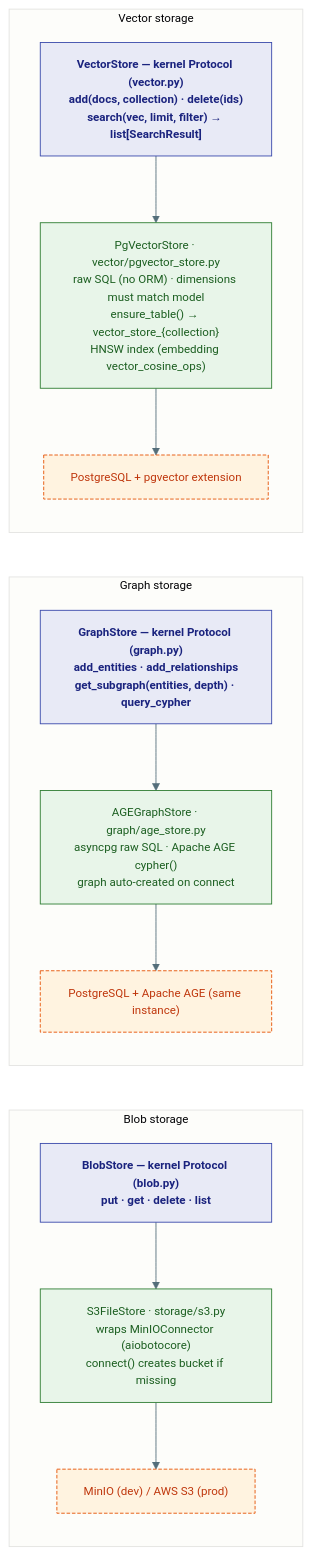
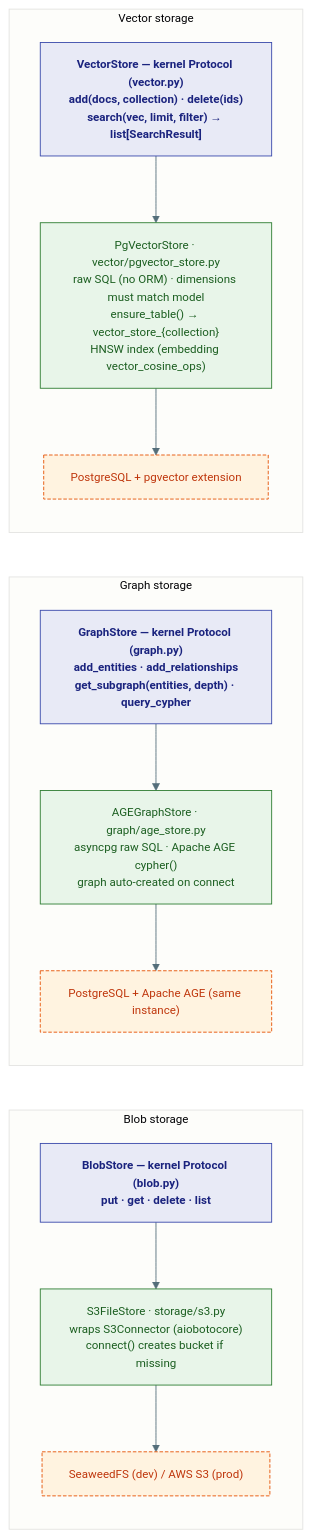
The first of 3 diagrams in agents/agent-substrate/docs/capabilities/06-storage-and-pipeline.md (Ravikumarchavva/agent-substrate), drawn with Mermaid before and after one commit. The commit also changed other lines of this file and 21 other files, not shown here.

First line of the commit message:
Remove MinIO dependency; adopt SeaweedFS as the default S3-compatible store

````diff
--- a/agents/agent-substrate/docs/capabilities/06-storage-and-pipeline.md
+++ b/agents/agent-substrate/docs/capabilities/06-storage-and-pipeline.md
@@ -7,34 +7,34 @@
 ```mermaid
 %%{init: {'theme': 'base', 'themeVariables': {'primaryColor': '#E8EAF6','primaryTextColor': '#1A237E','primaryBorderColor': '#3949AB','lineColor': '#546E7A','fontSize': '13px'}}}%%
 flowchart TB
     classDef proto fill:#E8EAF6,stroke:#3949AB,color:#1A237E,font-weight:bold
     classDef impl  fill:#E8F5E9,stroke:#2E7D32,color:#1B5E20
     classDef infra fill:#FFF3E0,stroke:#E65100,color:#BF360C,stroke-dasharray:4 2
 
     subgraph VEC["Vector storage"]
         direction TB
         VS["VectorStore — kernel Protocol (vector.py)<br/>add(docs, collection) · delete(ids)<br/>search(vec, limit, filter) → list[SearchResult]"]:::proto
         PGV["PgVectorStore · vector/pgvector_store.py<br/>raw SQL (no ORM) · dimensions must match model<br/>ensure_table() → vector_store_{collection}<br/>HNSW index (embedding vector_cosine_ops)"]:::impl
         PG1["PostgreSQL + pgvector extension"]:::infra
         VS --> PGV --> PG1
     end
 
     subgraph GR["Graph storage"]
         direction TB
         GS["GraphStore — kernel Protocol (graph.py)<br/>add_entities · add_relationships<br/>get_subgraph(entities, depth) · query_cypher"]:::proto
         AGE["AGEGraphStore · graph/age_store.py<br/>asyncpg raw SQL · Apache AGE cypher()<br/>graph auto-created on connect"]:::impl
         PG2["PostgreSQL + Apache AGE (same instance)"]:::infra
         GS --> AGE --> PG2
     end
 
     subgraph BL["Blob storage"]
         direction TB
         BS["BlobStore — kernel Protocol (blob.py)<br/>put · get · delete · list"]:::proto
-        S3["S3FileStore · storage/s3.py<br/>wraps MinIOConnector (aiobotocore)<br/>connect() creates bucket if missing"]:::impl
-        MINIO["MinIO (dev) / AWS S3 (prod)"]:::infra
-        BS --> S3 --> MINIO
+        S3["S3FileStore · storage/s3.py<br/>wraps S3Connector (aiobotocore)<br/>connect() creates bucket if missing"]:::impl
+        SEAWEEDFS["SeaweedFS (dev) / AWS S3 (prod)"]:::infra
+        BS --> S3 --> SEAWEEDFS
     end
 
     PG1 ~~~ GS
     PG2 ~~~ BS
 ```
````
